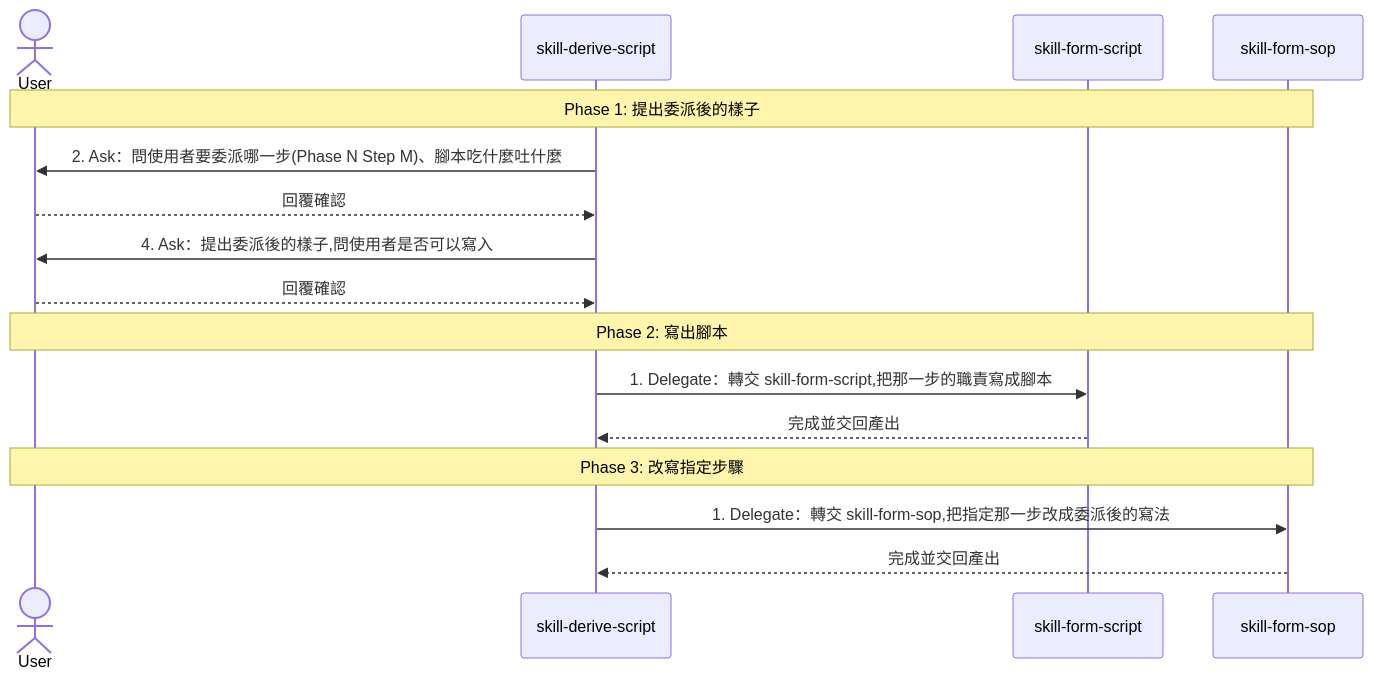
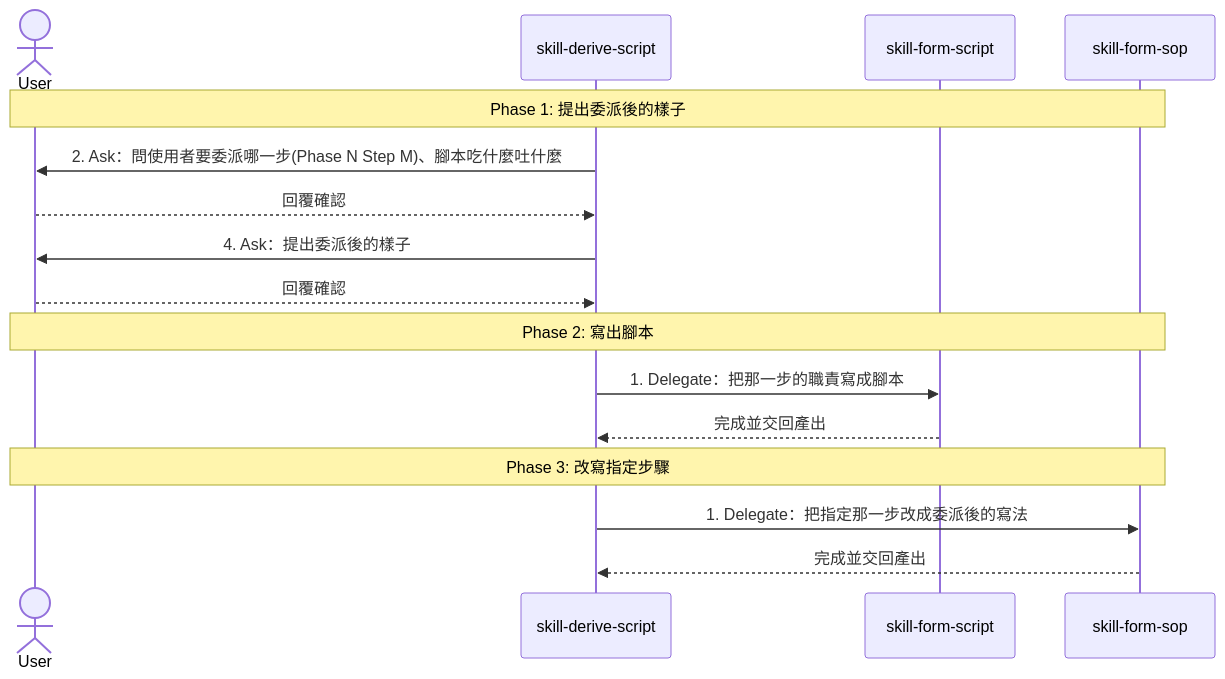
The second of 2 diagrams in .claude/skills/skill-derive-script/SKILL.md (AI-x-BDD/BDGG-Dev-Skills), drawn with Mermaid before and after one commit. The commit also changed other lines of this file and 31 other files, not shown here.

````diff
--- a/.claude/skills/skill-derive-script/SKILL.md
+++ b/.claude/skills/skill-derive-script/SKILL.md
@@ -61,18 +61,18 @@
 ```mermaid
 sequenceDiagram
     actor User
     participant Main as skill-derive-script
     participant Sub_1 as skill-form-script
     participant Sub_2 as skill-form-sop
     Note over User,Sub_2: Phase 1: 提出委派後的樣子
     Main->>User: 2. Ask：問使用者要委派哪一步(Phase N Step M)、腳本吃什麼吐什麼
     User-->>Main: 回覆確認
-    Main->>User: 4. Ask：提出委派後的樣子,問使用者是否可以寫入
+    Main->>User: 4. Ask：提出委派後的樣子
     User-->>Main: 回覆確認
     Note over User,Sub_2: Phase 2: 寫出腳本
-    Main->>Sub_1: 1. Delegate：轉交 skill-form-script,把那一步的職責寫成腳本
+    Main->>Sub_1: 1. Delegate：把那一步的職責寫成腳本
     Sub_1-->>Main: 完成並交回產出
     Note over User,Sub_2: Phase 3: 改寫指定步驟
-    Main->>Sub_2: 1. Delegate：轉交 skill-form-sop,把指定那一步改成委派後的寫法
+    Main->>Sub_2: 1. Delegate：把指定那一步改成委派後的寫法
     Sub_2-->>Main: 完成並交回產出
 ```
````
